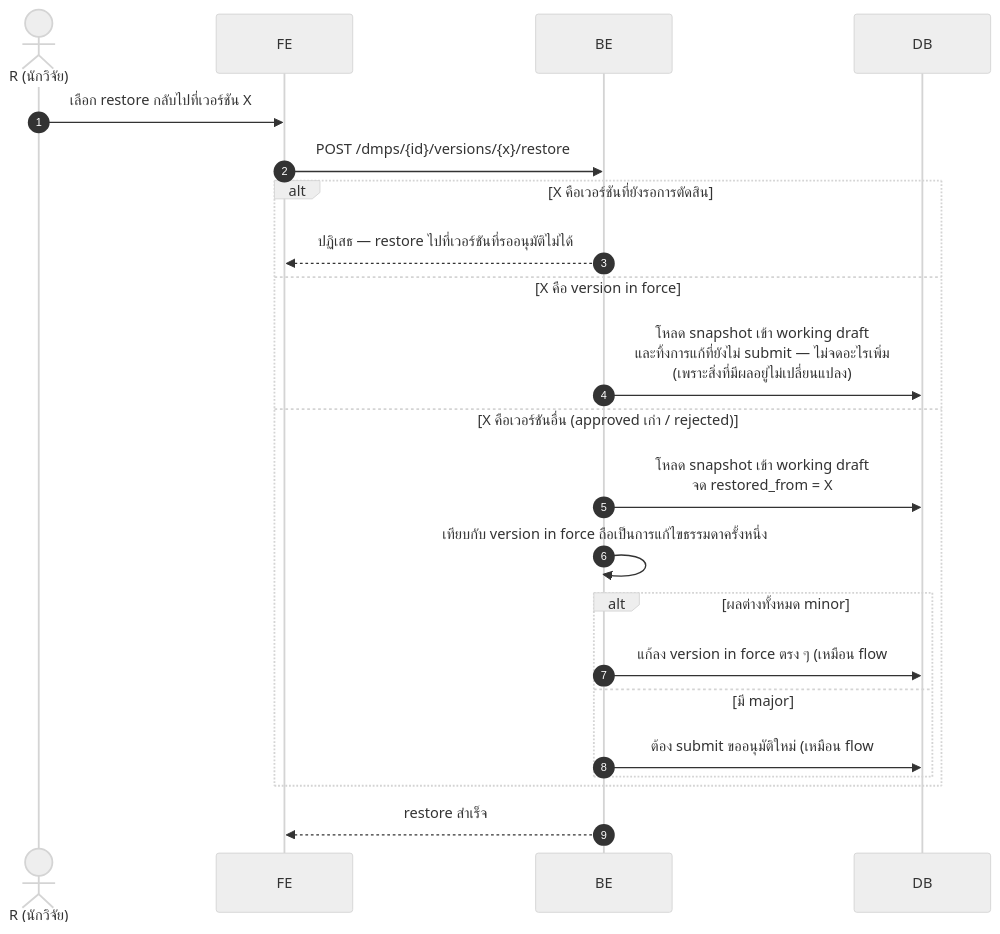
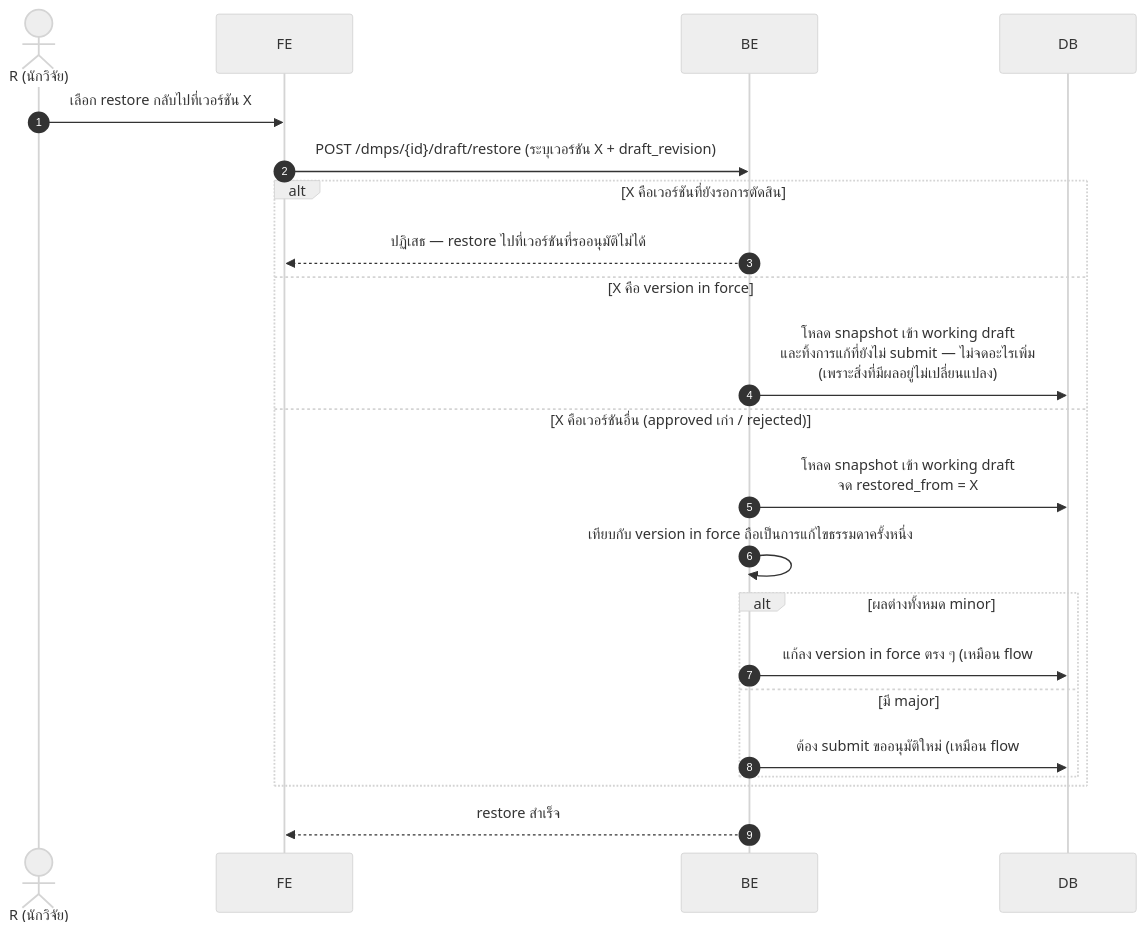
One commit to Open-Science-and-Data-management/Backend changed the tenth of 18 diagrams in docs/architecture/sequence-diagrams.md. Above: the diagram before and after it, drawn with Mermaid (neutral theme). The commit also changed other lines of this file and 26 other files, not shown here.

````diff
--- a/docs/architecture/sequence-diagrams.md
+++ b/docs/architecture/sequence-diagrams.md
@@ -387,25 +407,25 @@
 ```mermaid
 sequenceDiagram
     autonumber
     actor R as R (นักวิจัย)
     participant FE as FE
     participant BE as BE
     participant DB as DB
 
     R->>FE: เลือก restore กลับไปที่เวอร์ชัน X
-    FE->>BE: POST /dmps/{id}/versions/{x}/restore
+    FE->>BE: POST /dmps/{id}/draft/restore (ระบุเวอร์ชัน X + draft_revision)
     alt X คือเวอร์ชันที่ยังรอการตัดสิน
         BE-->>FE: ปฏิเสธ — restore ไปที่เวอร์ชันที่รออนุมัติไม่ได้
     else X คือ version in force
         BE->>DB: โหลด snapshot เข้า working draft<br/>และทิ้งการแก้ที่ยังไม่ submit — ไม่จดอะไรเพิ่ม<br/>(เพราะสิ่งที่มีผลอยู่ไม่เปลี่ยนแปลง)
     else X คือเวอร์ชันอื่น (approved เก่า / rejected)
         BE->>DB: โหลด snapshot เข้า working draft<br/>จด restored_from = X
         BE->>BE: เทียบกับ version in force ถือเป็นการแก้ไขธรรมดาครั้งหนึ่ง
         alt ผลต่างทั้งหมด minor
             BE->>DB: แก้ลง version in force ตรง ๆ (เหมือน flow #8)
         else มี major
             BE->>DB: ต้อง submit ขออนุมัติใหม่ (เหมือน flow #9)
         end
     end
     BE-->>FE: restore สำเร็จ
 ```
````
